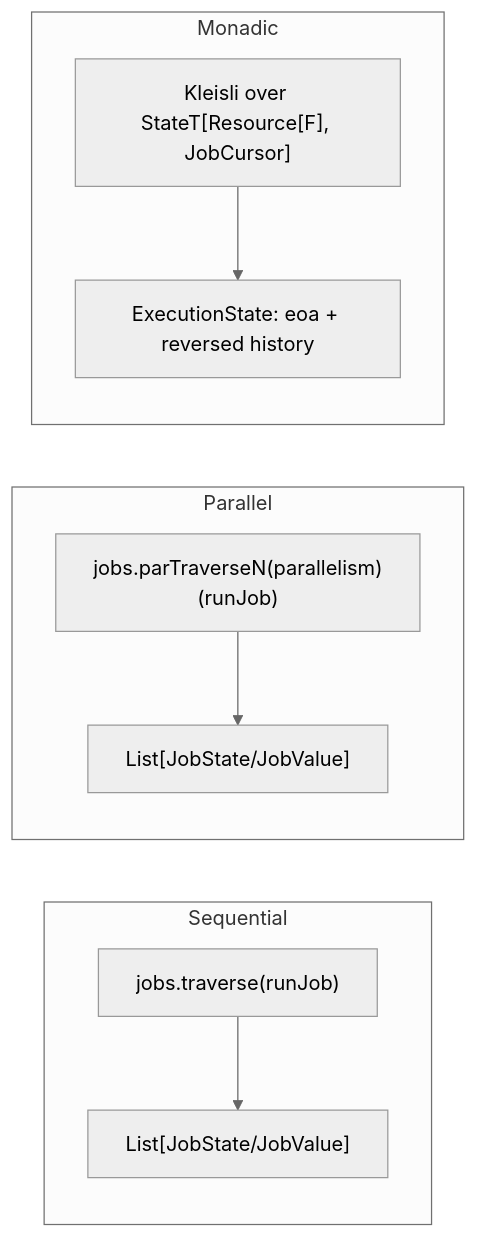
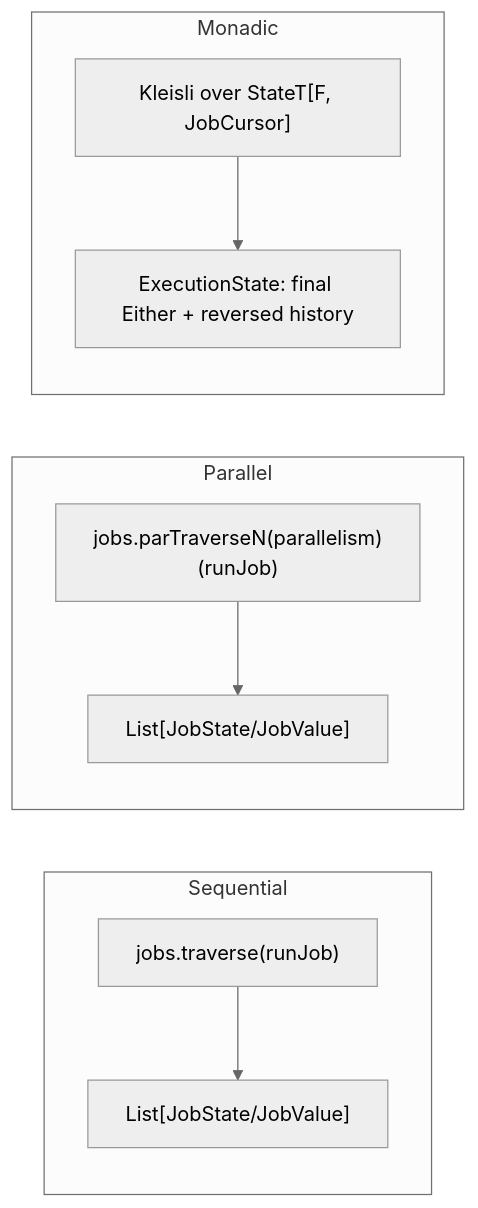
Before and after one commit to chenharryhua/nanjin: the fourth of 7 diagrams in guard/doc/README.md, drawn with Mermaid (neutral theme). The commit also changed other lines of this file, not shown here.

Commit message:
Improve Guard execution guide

````diff
--- a/guard/doc/README.md
+++ b/guard/doc/README.md
@@ -112,12 +231,12 @@
 ```mermaid
 flowchart LR
     subgraph S["Sequential"]
         s1["jobs.traverse(runJob)"] --> s2["List[JobState/JobValue]"]
     end
     subgraph P["Parallel"]
         p1["jobs.parTraverseN(parallelism)(runJob)"] --> p2["List[JobState/JobValue]"]
     end
     subgraph M["Monadic"]
-        m1["Kleisli over StateT[Resource[F], JobCursor]"] --> m2["ExecutionState: eoa + reversed history"]
+        m1["Kleisli over StateT[F, JobCursor]"] --> m2["ExecutionState: final Either + reversed history"]
     end
 ```
````
